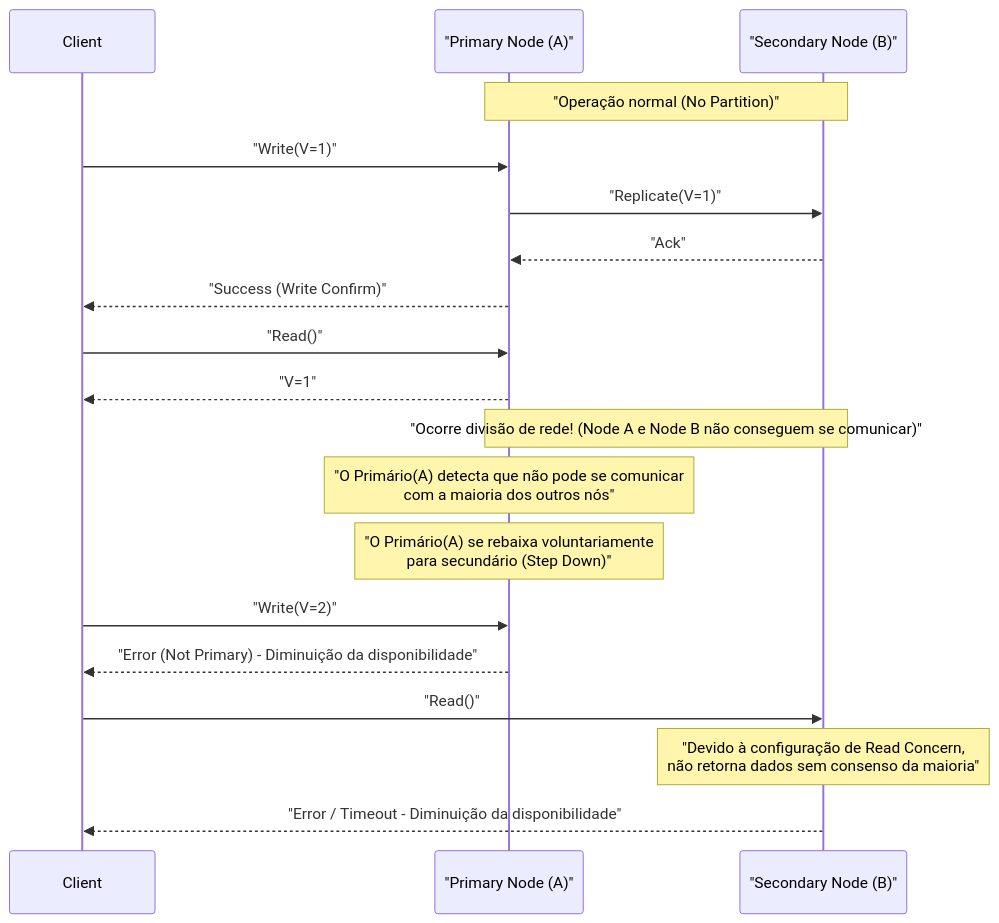
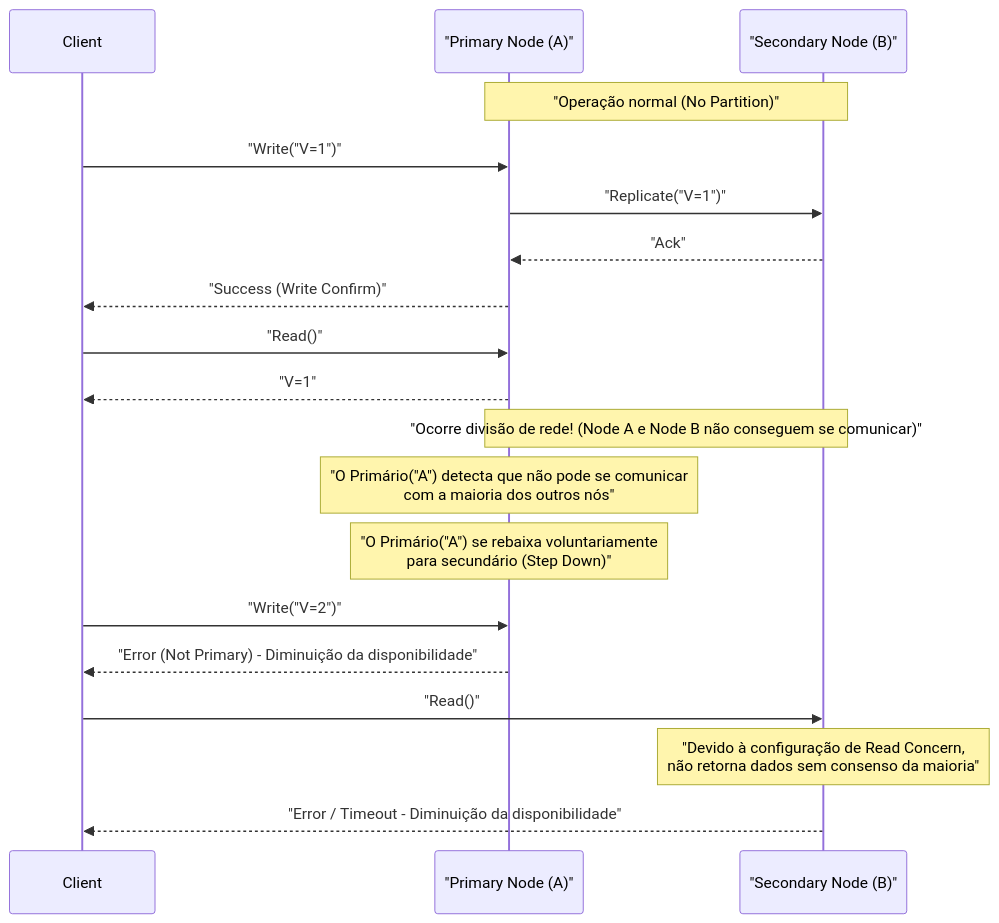
One commit to kenjinote/blog changed the second of 3 diagrams in content/post/cap-theorem-distributed-systems-tradeoff/index.pt.md. Above: the diagram before and after it, drawn with Mermaid. The commit also changed other lines of this file and 929 other files, not shown here.

Commit message:
fix: Add double quotes to all Mermaid node texts to resolve syntax errors

````diff
--- a/content/post/cap-theorem-distributed-systems-tradeoff/index.pt.md
+++ b/content/post/cap-theorem-distributed-systems-tradeoff/index.pt.md
@@ -131,27 +131,27 @@
 ```mermaid
 sequenceDiagram
     participant Client
     participant Primary as "Primary Node (A)"
     participant Secondary as "Secondary Node (B)"
     
     Note over Primary, Secondary: "Operação normal (No Partition)"
-    Client->>Primary: "Write(V=1)"
-    Primary->>Secondary: "Replicate(V=1)"
+    Client->>Primary: "Write("V=1")"
+    Primary->>Secondary: "Replicate("V=1")"
     Secondary-->>Primary: "Ack"
     Primary-->>Client: "Success (Write Confirm)"
     Client->>Primary: "Read()"
     Primary-->>Client: "V=1"
 
     Note over Primary, Secondary: "Ocorre divisão de rede! (Node A e Node B não conseguem se comunicar)"
     
     %% "Supondo que Node A foi deixado numa partição minoritária (Minority)"
-    Note over Primary: "O Primário(A) detecta que não pode se comunicar<br/>com a maioria dos outros nós"
-    Note over Primary: "O Primário(A) se rebaixa voluntariamente<br/>para secundário (Step Down)"
+    Note over Primary: "O Primário("A") detecta que não pode se comunicar<br/>com a maioria dos outros nós"
+    Note over Primary: "O Primário("A") se rebaixa voluntariamente<br/>para secundário (Step Down)"
     
-    Client->>Primary: "Write(V=2)"
+    Client->>Primary: "Write("V=2")"
     Primary-->>Client: "Error (Not Primary) - Diminuição da disponibilidade"
     
     Client->>Secondary: "Read()"
     Note over Secondary: "Devido à configuração de Read Concern,<br/>não retorna dados sem consenso da maioria"
     Secondary-->>Client: "Error / Timeout - Diminuição da disponibilidade"
 ```
````
